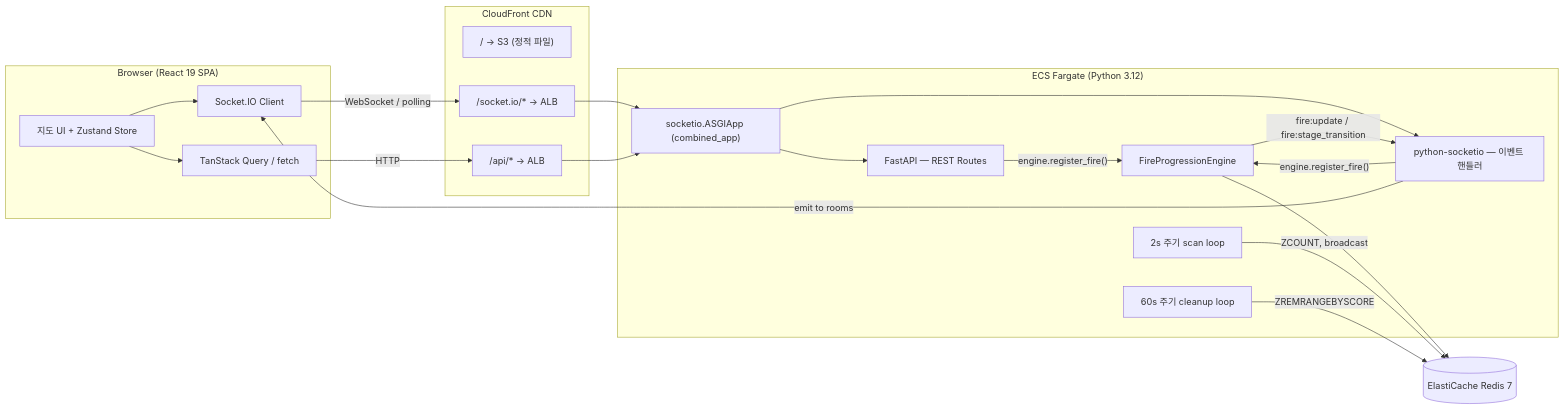
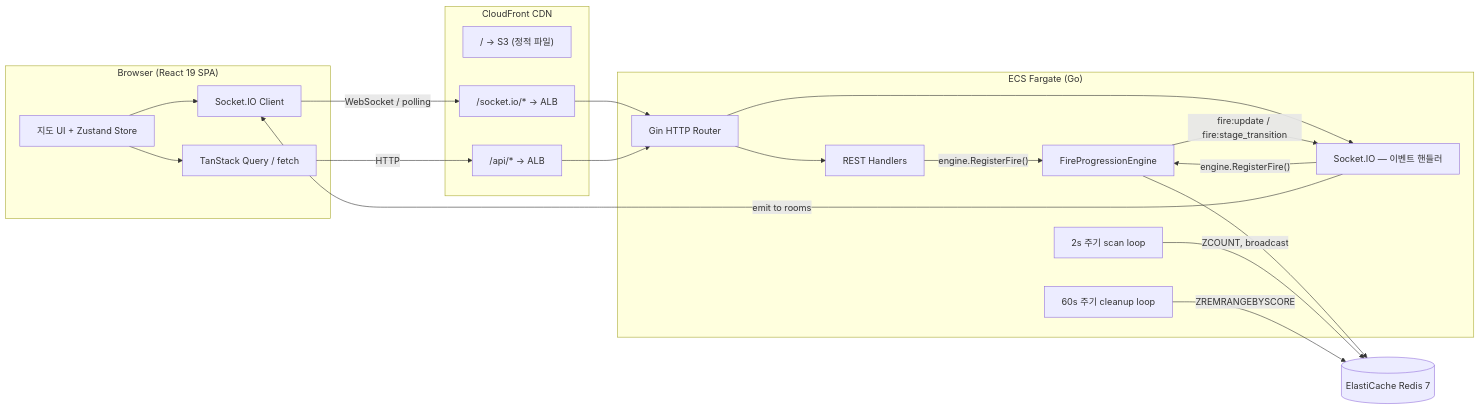
The first of 2 diagrams in docs/explanation/architecture-overview.md (team-astrophage/hwarr), drawn with Mermaid before and after one commit. The commit also changed other lines of this file and 19 other files, not shown here.

````diff
--- a/docs/explanation/architecture-overview.md
+++ b/docs/explanation/architecture-overview.md
@@ -11,39 +11,39 @@
 ```mermaid
 graph LR
     subgraph Client["Browser (React 19 SPA)"]
         UI[지도 UI + Zustand Store]
         SIO_C[Socket.IO Client]
         REST_C[TanStack Query / fetch]
     end
 
     subgraph CloudFront["CloudFront CDN"]
         CF_S3["/ → S3 (정적 파일)"]
         CF_API["/api/* → ALB"]
         CF_WS["/socket.io/* → ALB"]
     end
 
-    subgraph Server["ECS Fargate (Python 3.12)"]
-        ASGI["socketio.ASGIApp (combined_app)"]
-        FASTAPI[FastAPI — REST Routes]
-        SIO_S["python-socketio — 이벤트 핸들러"]
+    subgraph Server["ECS Fargate (Go)"]
+        GIN["Gin HTTP Router"]
+        HANDLER[REST Handlers]
+        SIO_S["Socket.IO — 이벤트 핸들러"]
         ENGINE["FireProgressionEngine"]
         ENGINE_SCAN["2s 주기 scan loop"]
         ENGINE_CLEAN["60s 주기 cleanup loop"]
     end
 
     REDIS[(ElastiCache Redis 7)]
 
     UI --> SIO_C
     UI --> REST_C
-    SIO_C -- "WebSocket / polling" --> CF_WS --> ASGI
-    REST_C -- "HTTP" --> CF_API --> ASGI
-    ASGI --> FASTAPI
-    ASGI --> SIO_S
-    FASTAPI -- "engine.register_fire()" --> ENGINE
-    SIO_S -- "engine.register_fire()" --> ENGINE
+    SIO_C -- "WebSocket / polling" --> CF_WS --> GIN
+    REST_C -- "HTTP" --> CF_API --> GIN
+    GIN --> HANDLER
+    GIN --> SIO_S
+    HANDLER -- "engine.RegisterFire()" --> ENGINE
+    SIO_S -- "engine.RegisterFire()" --> ENGINE
     ENGINE --> REDIS
     ENGINE_SCAN -- "ZCOUNT, broadcast" --> REDIS
     ENGINE_CLEAN -- "ZREMRANGEBYSCORE" --> REDIS
     ENGINE -- "fire:update / fire:stage_transition" --> SIO_S
     SIO_S -- "emit to rooms" --> SIO_C
 ```
````
